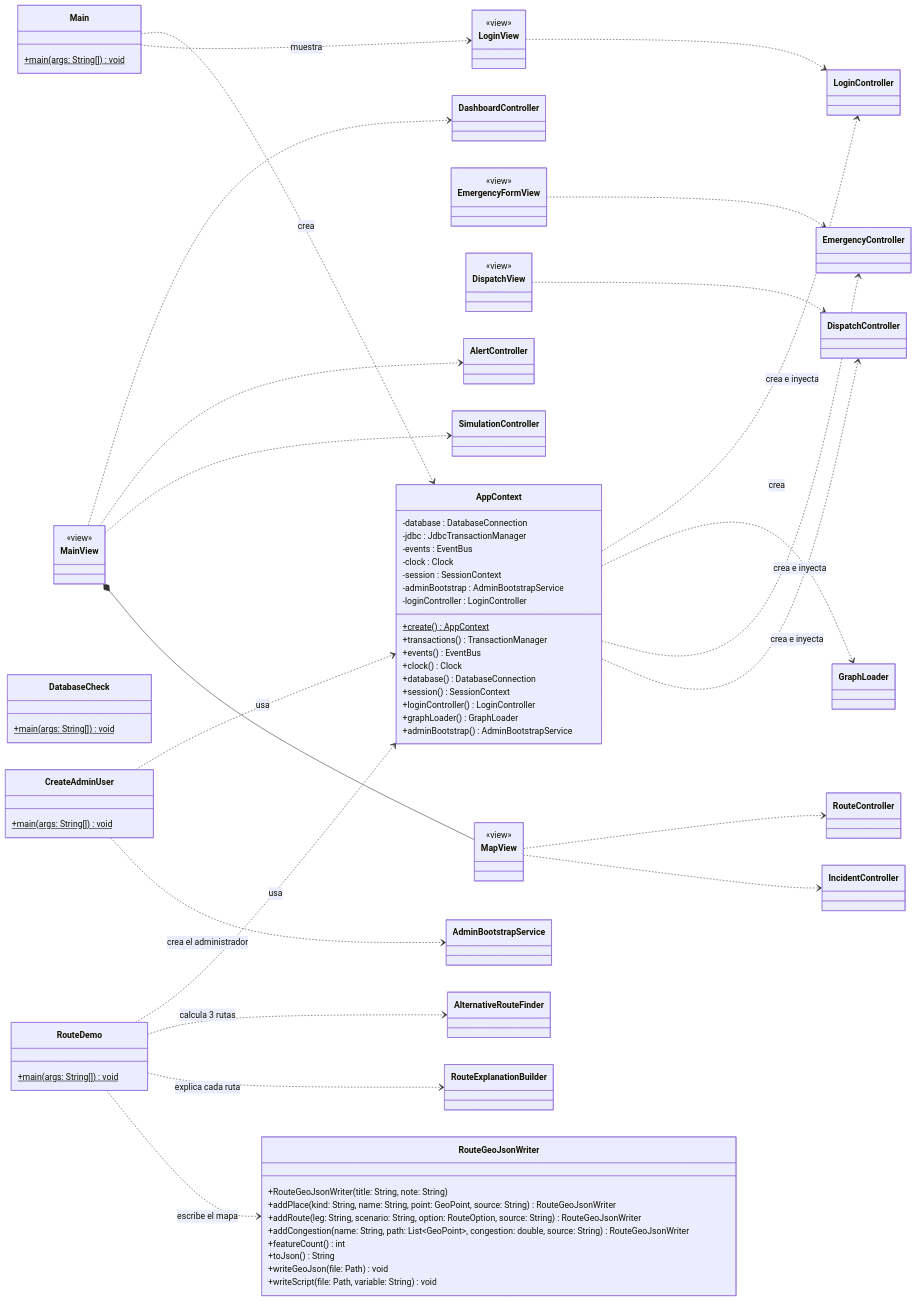
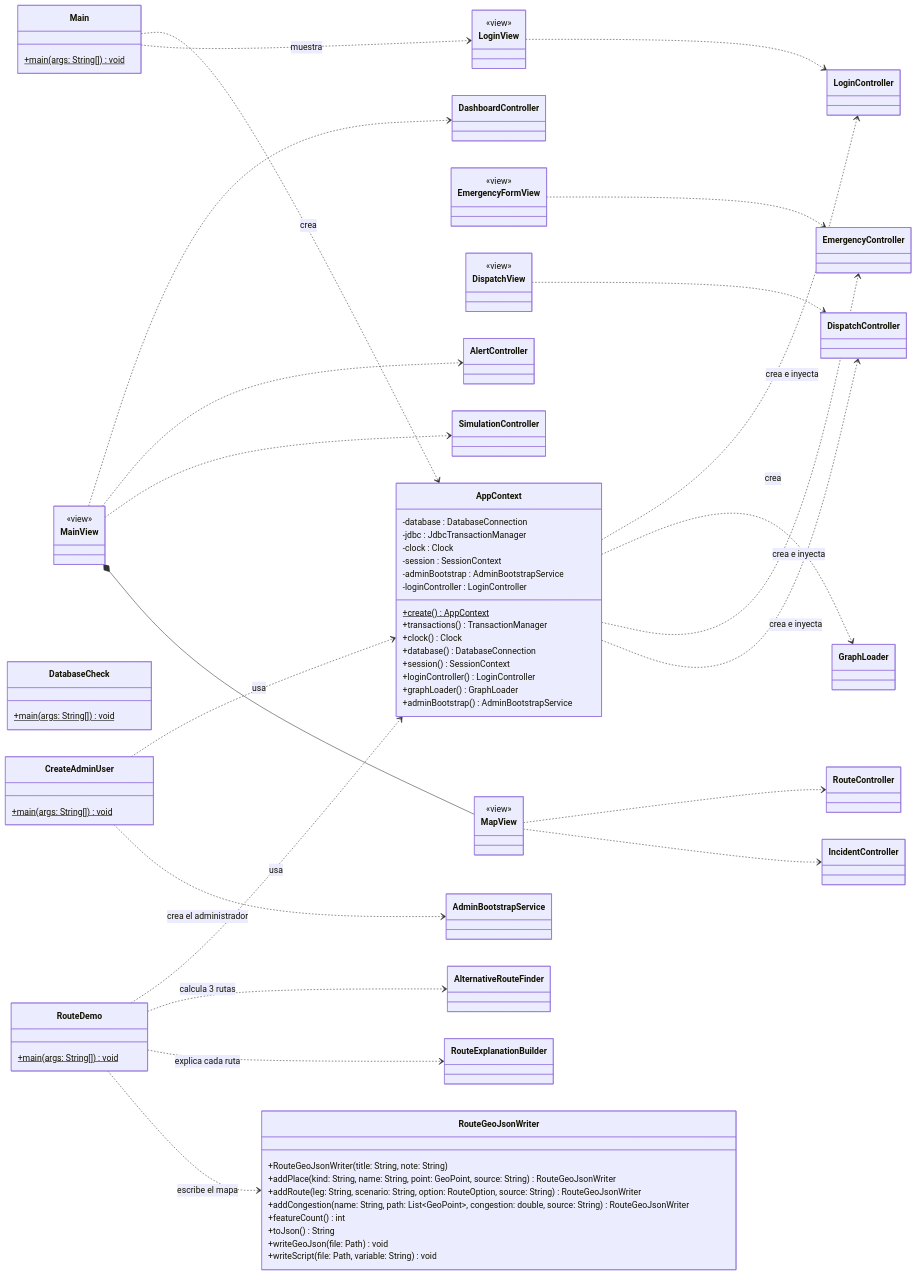
Diagram 23 of 23 in docs/class-diagram.md (afzabaleta/RutaVida), drawn with Mermaid before and after one commit. The commit also changed other lines of this file and 12 other files, not shown here.

```diff
--- a/docs/class-diagram.md
+++ b/docs/class-diagram.md
@@ -1932,14 +1802,12 @@
     class AppContext {
         -database : DatabaseConnection
         -jdbc : JdbcTransactionManager
-        -events : EventBus
         -clock : Clock
         -session : SessionContext
         -adminBootstrap : AdminBootstrapService
         -loginController : LoginController
         +create() AppContext$
         +transactions() TransactionManager
-        +events() EventBus
         +clock() Clock
         +database() DatabaseConnection
         +session() SessionContext
```
